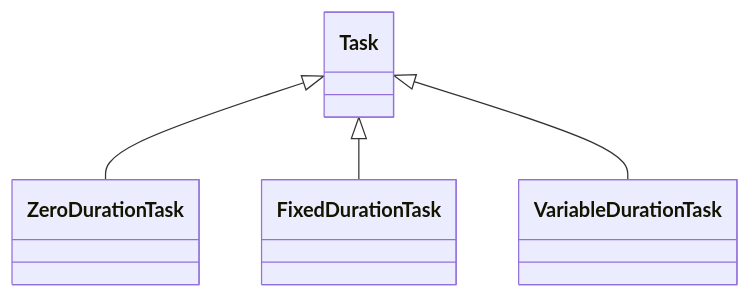
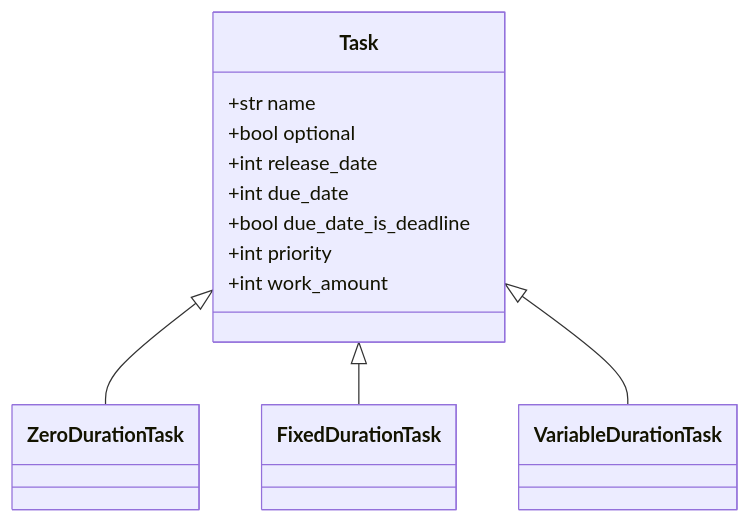
One commit to tpaviot/ProcessScheduler changed the diagram in docs/task.md. Above: the diagram before and after it, drawn with Mermaid. The commit also changed other lines of this file and 3 other files, not shown here.

Commit message:
Update task documentation, function graphs

````diff
--- a/docs/task.md
+++ b/docs/task.md
@@ -12,6 +11,16 @@
 ``` mermaid
 classDiagram
   Task <|-- ZeroDurationTask
   Task <|-- FixedDurationTask
   Task <|-- VariableDurationTask
+class Task{
+    +str name
+    +bool optional
+    +int release_date
+    +int due_date
+    +bool due_date_is_deadline
+    +int priority
+    +int work_amount
+}
+
 ```
````
